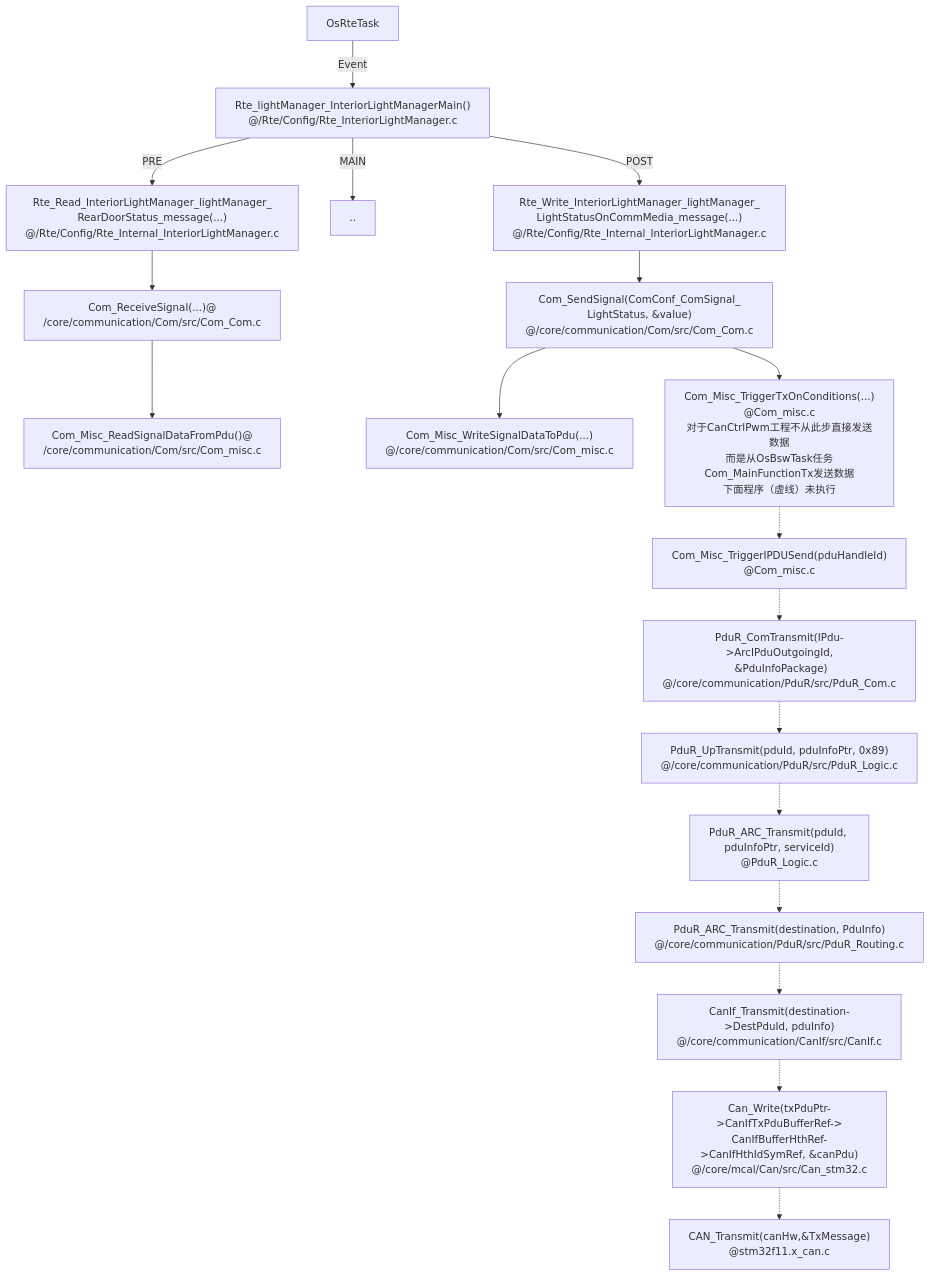
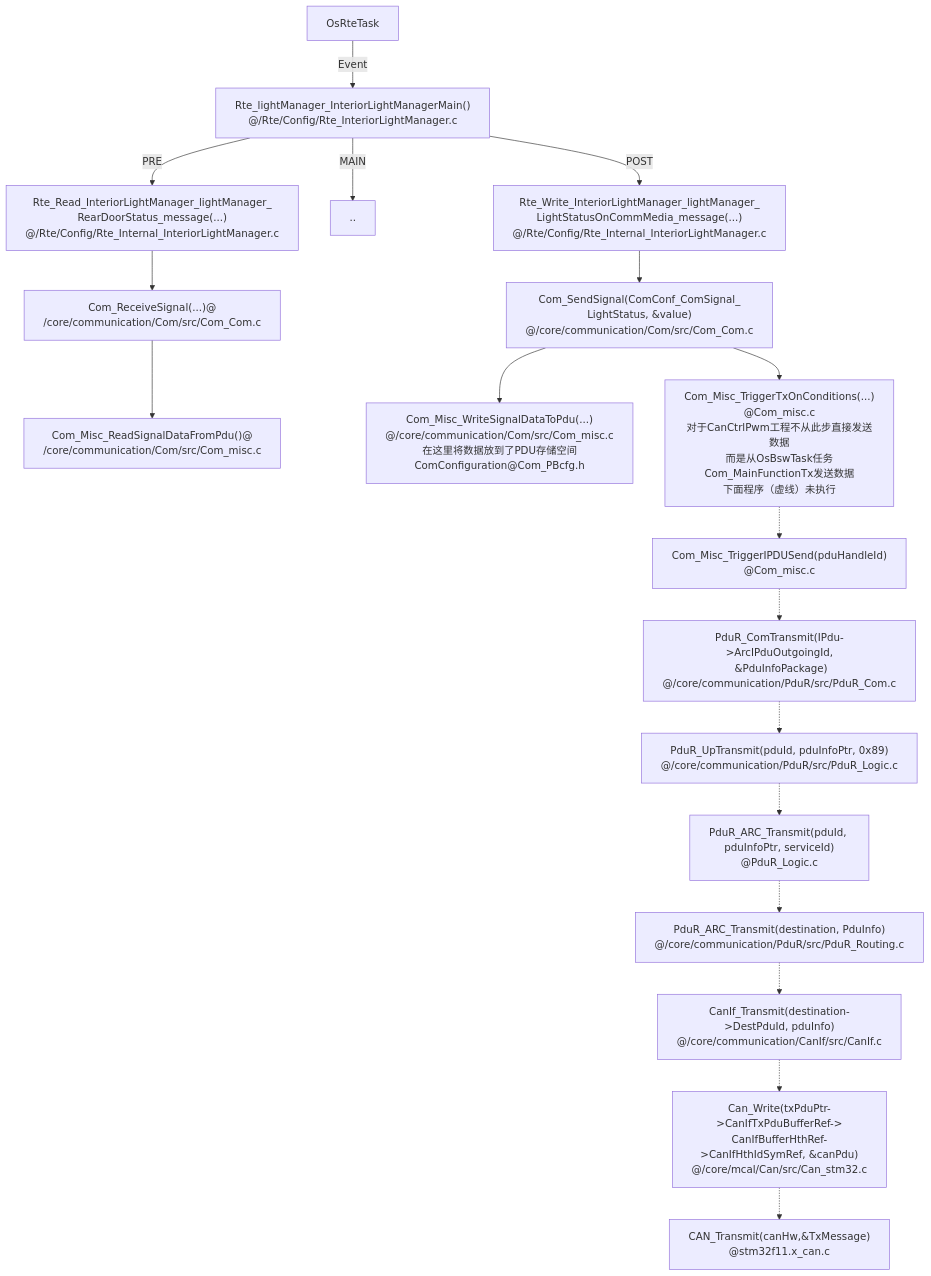
Before and after one commit to Neyzoter/Neyzoter.github.io: the fifth of 14 diagrams in _wiki/AUTOSAR.md, drawn with Mermaid. The commit also changed other lines of this file, not shown here.

````diff
--- a/_wiki/AUTOSAR.md
+++ b/_wiki/AUTOSAR.md
@@ -919,22 +929,22 @@
 ```mermaid
 graph TB;
 OsRteTask["OsRteTask"] --Event--> Rte_lightManager_InteriorLightManagerMain["Rte_lightManager_InteriorLightManagerMain()<br>@/Rte/Config/Rte_InteriorLightManager.c"] 
 Rte_lightManager_InteriorLightManagerMain --PRE--> Rte_Read_InteriorLightManager_lightManager_RearDoorStatus_message["Rte_Read_InteriorLightManager_lightManager_<br>RearDoorStatus_message(...)<br>@/Rte/Config/Rte_Internal_InteriorLightManager.c"]
 Rte_Read_InteriorLightManager_lightManager_RearDoorStatus_message --> Com_ReceiveSignal["Com_ReceiveSignal(...)@<br>/core/communication/Com/src/Com_Com.c"]
 Com_ReceiveSignal --> Com_Misc_ReadSignalDataFromPdu["Com_Misc_ReadSignalDataFromPdu()@<br>/core/communication/Com/src/Com_misc.c"]
 
 Rte_lightManager_InteriorLightManagerMain --MAIN--> ..
 
 Rte_lightManager_InteriorLightManagerMain --POST--> Rte_Write_InteriorLightManager_lightManager_LightStatusOnCommMedia_message["Rte_Write_InteriorLightManager_lightManager_<br>LightStatusOnCommMedia_message(...)<br>@/Rte/Config/Rte_Internal_InteriorLightManager.c"]
 Rte_Write_InteriorLightManager_lightManager_LightStatusOnCommMedia_message --> Com_SendSignal["Com_SendSignal(ComConf_ComSignal_<br>LightStatus, &value)<br>@/core/communication/Com/src/Com_Com.c"]
-Com_SendSignal --> Com_Misc_WriteSignalDataToPdu["Com_Misc_WriteSignalDataToPdu(...)<br>@/core/communication/Com/src/Com_misc.c"]
+Com_SendSignal --> Com_Misc_WriteSignalDataToPdu["Com_Misc_WriteSignalDataToPdu(...)<br>@/core/communication/Com/src/Com_misc.c<br>在这里将数据放到了PDU存储空间<br>ComConfiguration@Com_PBcfg.h"]
 Com_SendSignal --> Com_Misc_TriggerTxOnConditions["Com_Misc_TriggerTxOnConditions(...)<br>@Com_misc.c<br>对于CanCtrlPwm工程不从此步直接发送数据<br>而是从OsBswTask任务Com_MainFunctionTx发送数据<br>下面程序（虚线）未执行"]
 	Com_Misc_TriggerTxOnConditions -.-> Com_Misc_TriggerIPDUSend["Com_Misc_TriggerIPDUSend(pduHandleId)<br>@Com_misc.c"]
 	Com_Misc_TriggerIPDUSend -.-> PduR_ComTransmit["PduR_ComTransmit(IPdu->ArcIPduOutgoingId,<br> &PduInfoPackage)<br>@/core/communication/PduR/src/PduR_Com.c"]
 	PduR_ComTransmit -.-> PduR_UpTransmit["PduR_UpTransmit(pduId, pduInfoPtr, 0x89)<br>@/core/communication/PduR/src/PduR_Logic.c"]
 	PduR_UpTransmit -.->PduR_ARC_Transmit["PduR_ARC_Transmit(pduId, pduInfoPtr, serviceId)<br>@PduR_Logic.c"]
 	PduR_ARC_Transmit -.-> PduR_ARC_RouteTransmit["PduR_ARC_Transmit(destination, PduInfo)<br>@/core/communication/PduR/src/PduR_Routing.c"]
 	PduR_ARC_RouteTransmit -.-> CanIf_Transmit["CanIf_Transmit(destination->DestPduId, pduInfo)<br>@/core/communication/CanIf/src/CanIf.c"]
 	CanIf_Transmit -.-> Can_Write["Can_Write(txPduPtr->CanIfTxPduBufferRef-><br>CanIfBufferHthRef->CanIfHthIdSymRef, &canPdu)<br>@/core/mcal/Can/src/Can_stm32.c"]
 	Can_Write -.-> CAN_Transmit["CAN_Transmit(canHw,&TxMessage)<br>@stm32f11.x_can.c"]
 ```
````
